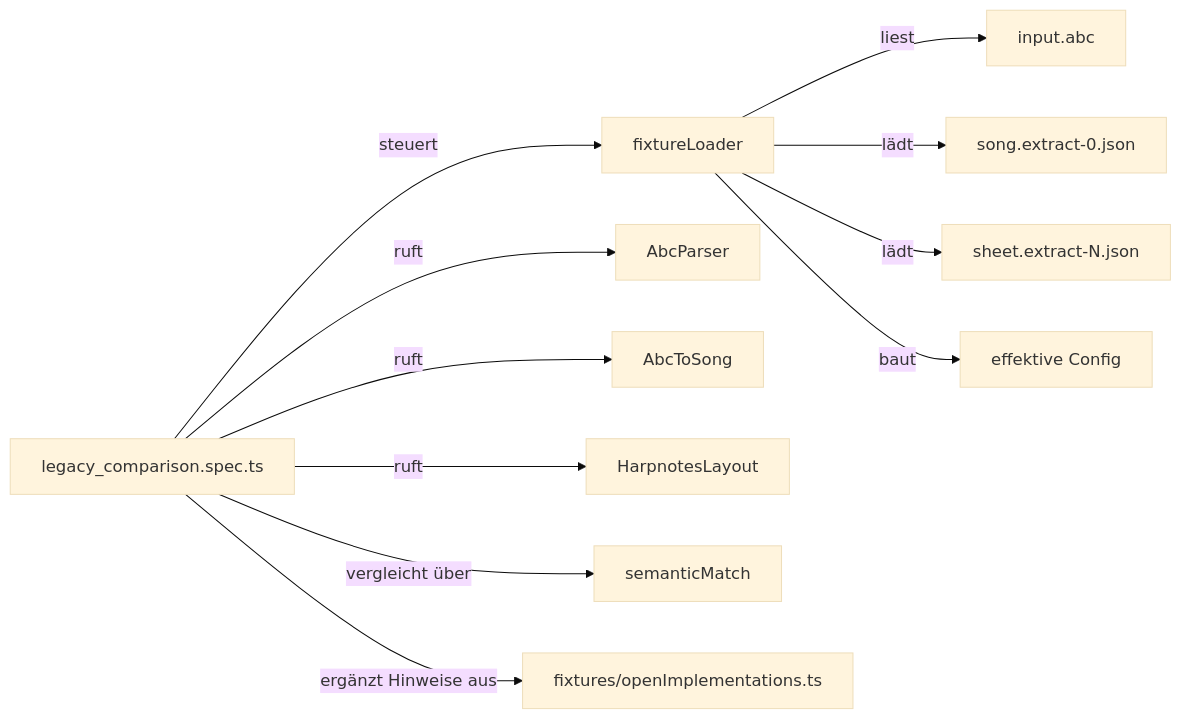
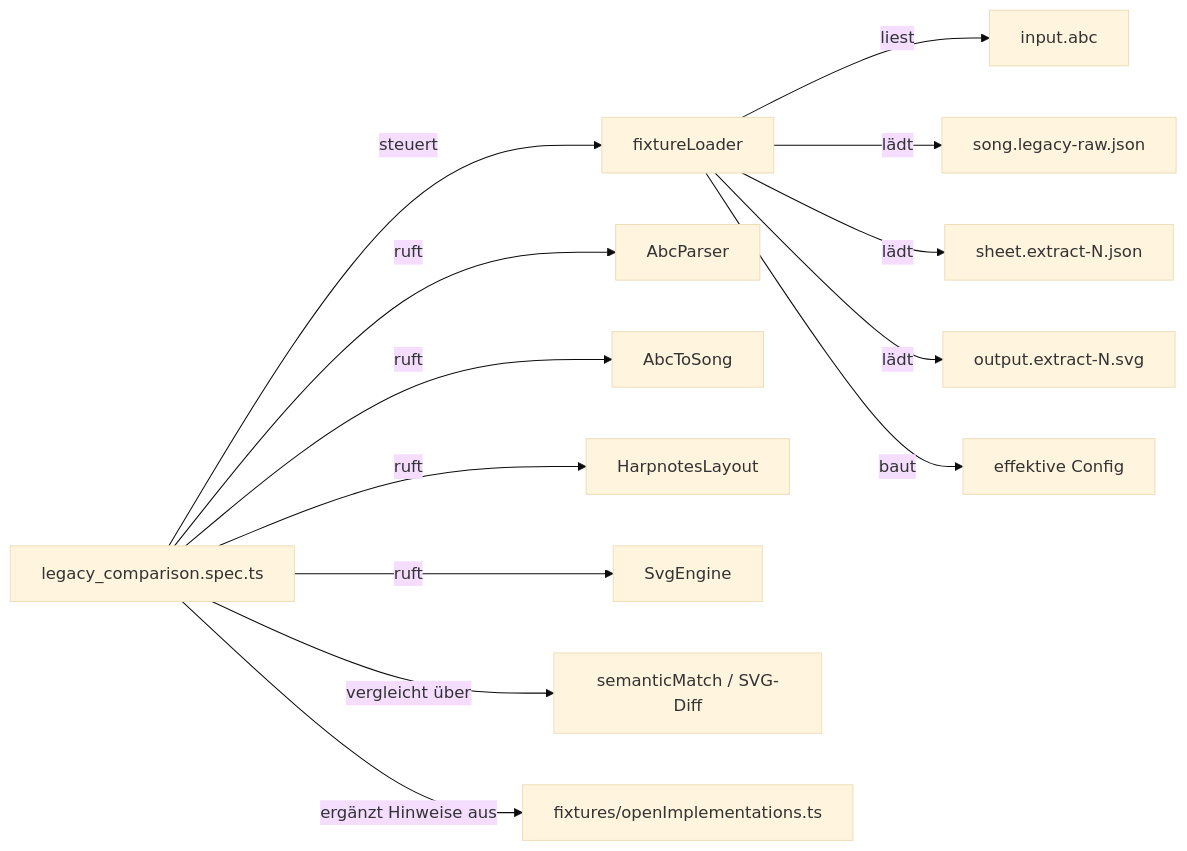
The fifth of 5 diagrams in docs/testing/fixture-driven-testing.md (bwl21/zupfnoter-ts), drawn with Mermaid (base theme) before and after one commit. The commit also changed other lines of this file and 36 other files, not shown here.

````diff
--- a/docs/testing/fixture-driven-testing.md
+++ b/docs/testing/fixture-driven-testing.md
@@ -148,13 +185,15 @@
 ```mermaid
 flowchart LR
   A[fixtureLoader] -->|liest| B[input.abc]
-  A -->|lädt| C[song.extract-0.json]
+  A -->|lädt| C[song.legacy-raw.json]
   A -->|lädt| D[sheet.extract-N.json]
-  A -->|baut| E[effektive Config]
-  F[legacy_comparison.spec.ts] -->|steuert| A
-  F -->|ruft| G[AbcParser]
-  F -->|ruft| H[AbcToSong]
-  F -->|ruft| I[HarpnotesLayout]
-  F -->|vergleicht über| J[semanticMatch]
-  F -->|ergänzt Hinweise aus| K[fixtures/openImplementations.ts]
+  A -->|lädt| E[output.extract-N.svg]
+  A -->|baut| F[effektive Config]
+  G[legacy_comparison.spec.ts] -->|steuert| A
+  G -->|ruft| H[AbcParser]
+  G -->|ruft| I[AbcToSong]
+  G -->|ruft| J[HarpnotesLayout]
+  G -->|ruft| K[SvgEngine]
+  G -->|vergleicht über| L[semanticMatch / SVG-Diff]
+  G -->|ergänzt Hinweise aus| M[fixtures/openImplementations.ts]
 ```
````
